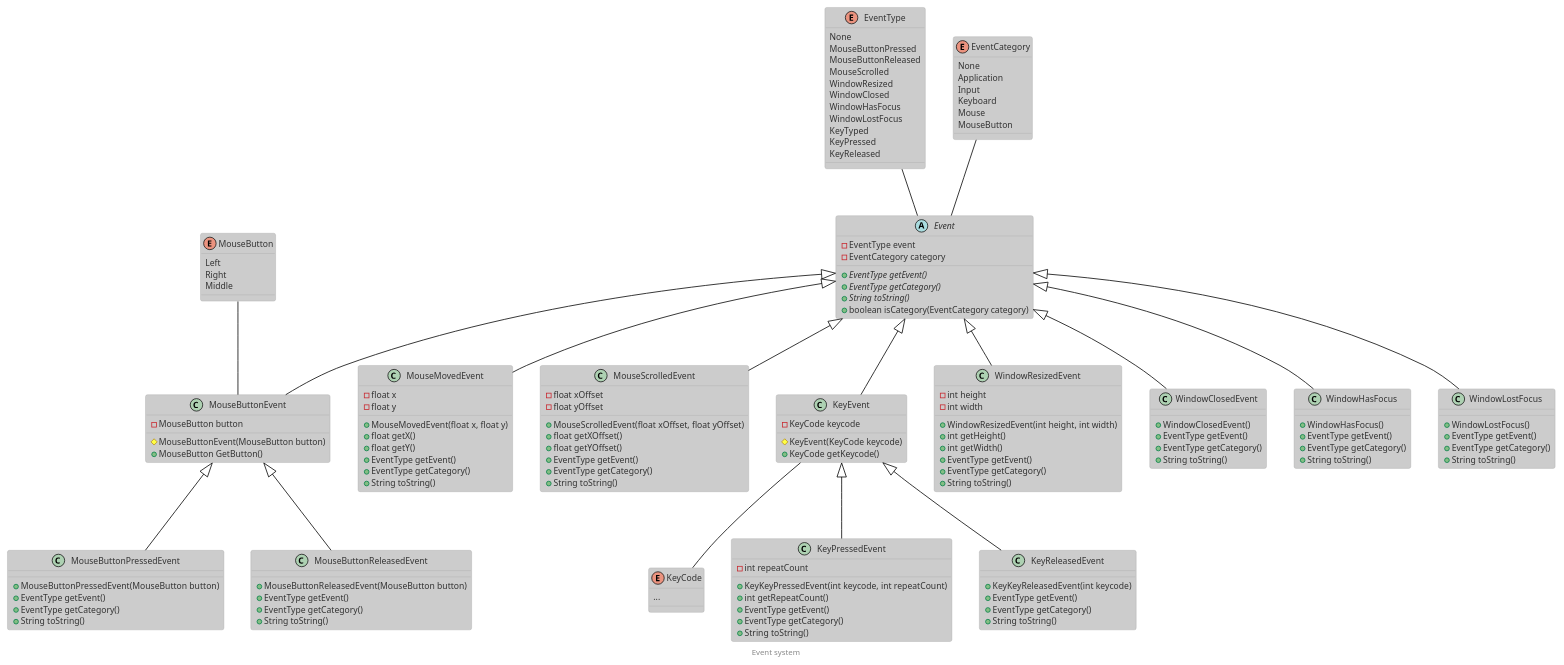
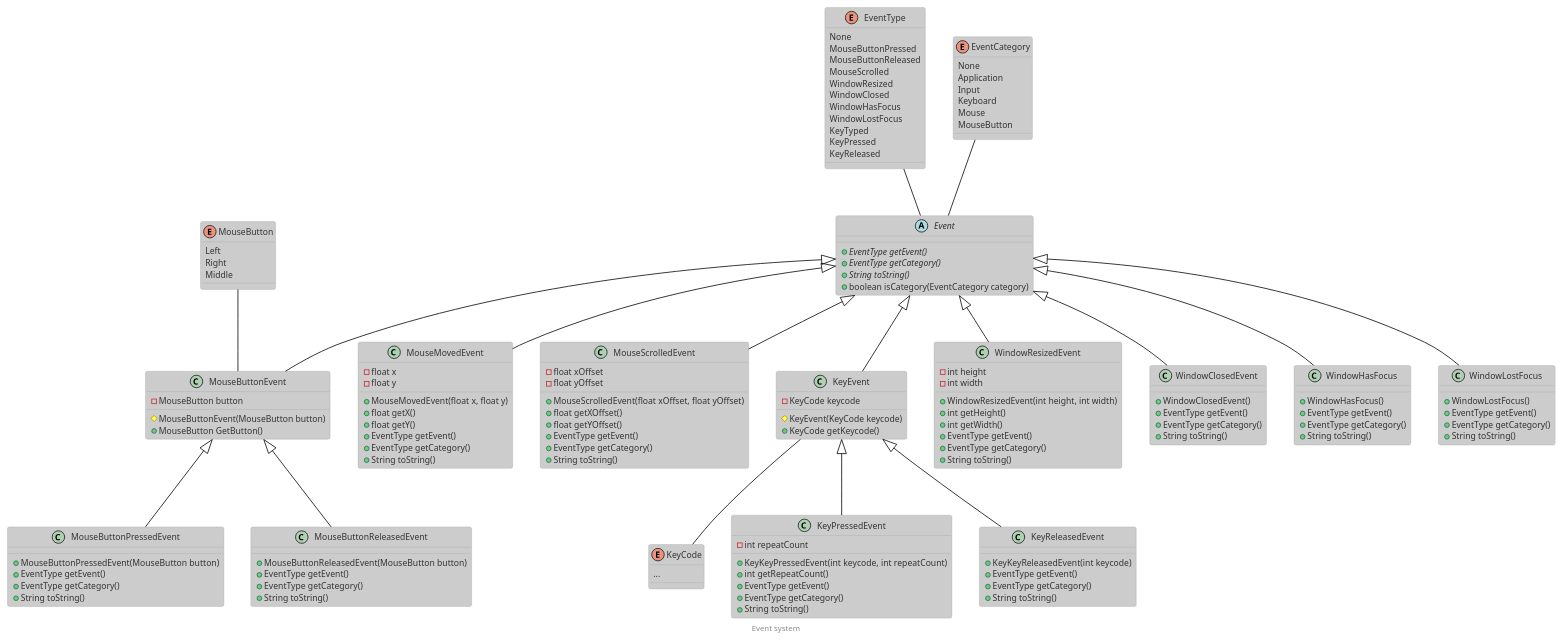
Before and after one commit to dani3/bit-of-sharp-practice: the diagram in docs/src/diagrams/event_system.puml, drawn with PlantUML. The commit also changed 1 other file, not shown here.

Commit message:
Updated event_system diagram

```diff
--- a/docs/src/diagrams/event_system.puml
+++ b/docs/src/diagrams/event_system.puml
@@ -1,148 +1,146 @@
 @startuml
 
 !theme reddress-lightorange
 footer Event system
 
 enum EventType {
     None
     MouseButtonPressed
     MouseButtonReleased
     MouseScrolled
     WindowResized
     WindowClosed
     WindowHasFocus
     WindowLostFocus
     KeyTyped
     KeyPressed
     KeyReleased
 }
 
 enum EventCategory {
     None
     Application
     Input
     Keyboard
     Mouse
     MouseButton
 }
 
 abstract class Event {
-    - EventType event
-    - EventCategory category
     {abstract} + EventType getEvent()
     {abstract} + EventType getCategory()
     {abstract} + String toString()
     + boolean isCategory(EventCategory category)
 }
 
 enum MouseButton {
     Left
     Right
     Middle
 }
 
 enum KeyCode {
     ...
 }
 
 class MouseButtonEvent extends Event {
     - MouseButton button
     # MouseButtonEvent(MouseButton button)
     + MouseButton GetButton()
 }
 
 class MouseButtonPressedEvent extends MouseButtonEvent {
     + MouseButtonPressedEvent(MouseButton button)
     + EventType getEvent()
     + EventType getCategory()
     + String toString()
 }
 
 class MouseButtonReleasedEvent extends MouseButtonEvent {
     + MouseButtonReleasedEvent(MouseButton button)
     + EventType getEvent()
     + EventType getCategory()
     + String toString()
 }
 
 class MouseMovedEvent extends Event {
     - float x
     - float y
     + MouseMovedEvent(float x, float y)
     + float getX()
     + float getY()
     + EventType getEvent()
     + EventType getCategory()
     + String toString()
 }
 
 class MouseScrolledEvent extends Event {
     - float xOffset
     - float yOffset
     + MouseScrolledEvent(float xOffset, float yOffset)
     + float getXOffset()
     + float getYOffset()
     + EventType getEvent()
     + EventType getCategory()
     + String toString()
 }
 
 class KeyEvent extends Event {
     - KeyCode keycode
     # KeyEvent(KeyCode keycode)
     + KeyCode getKeycode()
 }
 
 class KeyPressedEvent extends KeyEvent {
     - int repeatCount
     + KeyKeyPressedEvent(int keycode, int repeatCount)
     + int getRepeatCount()
     + EventType getEvent()
     + EventType getCategory()
     + String toString()
 }
 
 class KeyReleasedEvent extends KeyEvent {
     + KeyKeyReleasedEvent(int keycode)
     + EventType getEvent()
     + EventType getCategory()
     + String toString()
 }
 
 class WindowResizedEvent extends Event {
     - int height
     - int width
     + WindowResizedEvent(int height, int width)
     + int getHeight()
     + int getWidth()
     + EventType getEvent()
     + EventType getCategory()
     + String toString()
 }
 class WindowClosedEvent extends Event {
     + WindowClosedEvent()
     + EventType getEvent()
     + EventType getCategory()
     + String toString()
 }
 
 class WindowHasFocus extends Event {
     + WindowHasFocus()
     + EventType getEvent()
     + EventType getCategory()
     + String toString()
 }
 
 class WindowLostFocus extends Event {
     + WindowLostFocus()
     + EventType getEvent()
     + EventType getCategory()
     + String toString()
 }
 
 KeyEvent -- KeyCode
 EventType -- Event
 EventCategory -- Event
 MouseButton -- MouseButtonEvent
 
 @enduml
```
